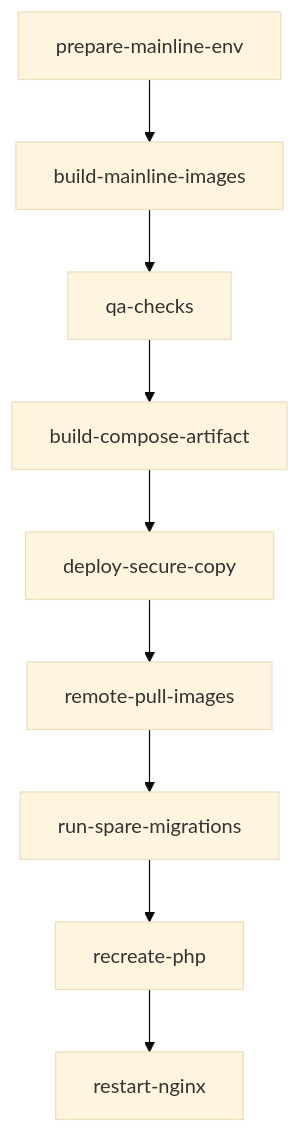
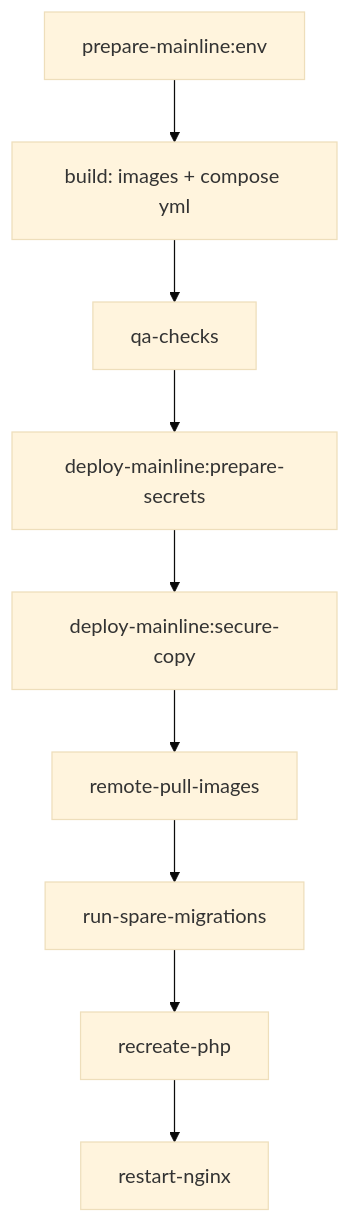
Before and after one commit to itmo-508541/highload-hw1: the diagram in DEPLOYMENT.md, drawn with Mermaid (base theme). The commit also changed other lines of this file and 2 other files, not shown here.

````diff
--- a/DEPLOYMENT.md
+++ b/DEPLOYMENT.md
@@ -90,11 +124,11 @@
 ```mermaid
 flowchart TD
-  prepareMainlineEnv[prepare-mainline-env] --> buildMainlineImages[build-mainline-images]
-  buildMainlineImages --> qaChecks[qa-checks]
-  qaChecks --> buildComposeArtifact[build-compose-artifact]
-  buildComposeArtifact --> deploySecureCopy[deploy-secure-copy]
+  prepareMainlineEnv[prepare-mainline:env] --> buildMainline[build: images + compose yml]
+  buildMainline --> qaChecks[qa-checks]
+  qaChecks --> prepareSecrets[deploy-mainline:prepare-secrets]
+  prepareSecrets --> deploySecureCopy[deploy-mainline:secure-copy]
   deploySecureCopy --> remotePull[remote-pull-images]
   remotePull --> runSpareMigrations[run-spare-migrations]
   runSpareMigrations --> recreatePhp[recreate-php]
   recreatePhp --> restartNginx[restart-nginx]
 ```
````
